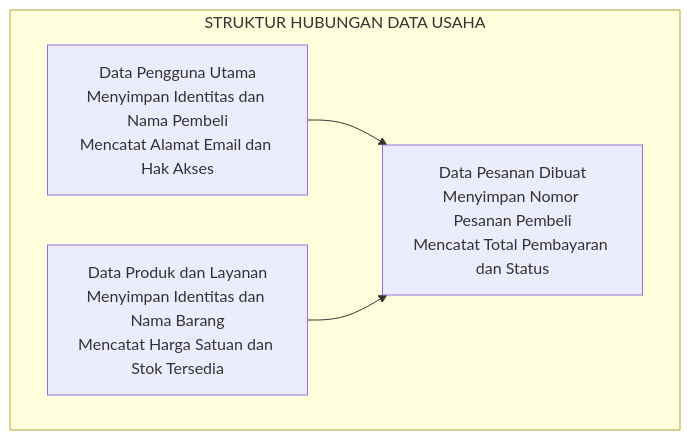
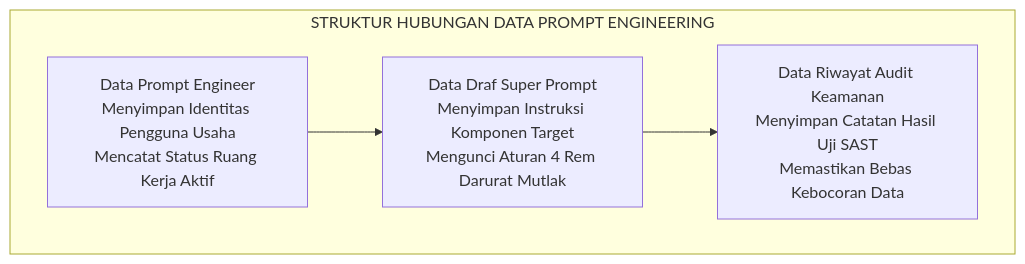
Before and after one commit to JoeAryadharma/saas-branching-blueprint: the sixth of 7 diagrams in README.md, drawn with Mermaid. The commit also changed other lines of this file, not shown here.

Commit message:
[KOREKSI DOMAIN] Pembaruan Diagram 6 merefleksikan domain Prompt Engineering [v10.7.0]

````diff
--- a/README.md
+++ b/README.md
@@ -144,14 +144,14 @@
 ```mermaid
 flowchart TD
     classDef default text-align:center;
-    subgraph DATA["STRUKTUR HUBUNGAN DATA USAHA"]
-        PENGGUNA["Data Pengguna Utama\nMenyimpan Identitas dan Nama Pembeli\nMencatat Alamat Email dan Hak Akses"]
+    subgraph DATA["STRUKTUR HUBUNGAN DATA PROMPT ENGINEERING"]
+        PENGGUNA["Data Prompt Engineer\nMenyimpan Identitas Pengguna Usaha\nMencatat Status Ruang Kerja Aktif"]
         
-        PRODUK["Data Produk dan Layanan\nMenyimpan Identitas dan Nama Barang\nMencatat Harga Satuan dan Stok Tersedia"]
+        PROMPT["Data Draf Super Prompt\nMenyimpan Instruksi Komponen Target\nMengunci Aturan 4 Rem Darurat Mutlak"]
         
-        PESANAN["Data Pesanan Dibuat\nMenyimpan Nomor Pesanan Pembeli\nMencatat Total Pembayaran dan Status"]
+        AUDIT["Data Riwayat Audit Keamanan\nMenyimpan Catatan Hasil Uji SAST\nMemastikan Bebas Kebocoran Data"]
     end
 
-    PENGGUNA --> PESANAN
-    PRODUK --> PESANAN
+    PENGGUNA --> PROMPT
+    PROMPT --> AUDIT
 ```
````
